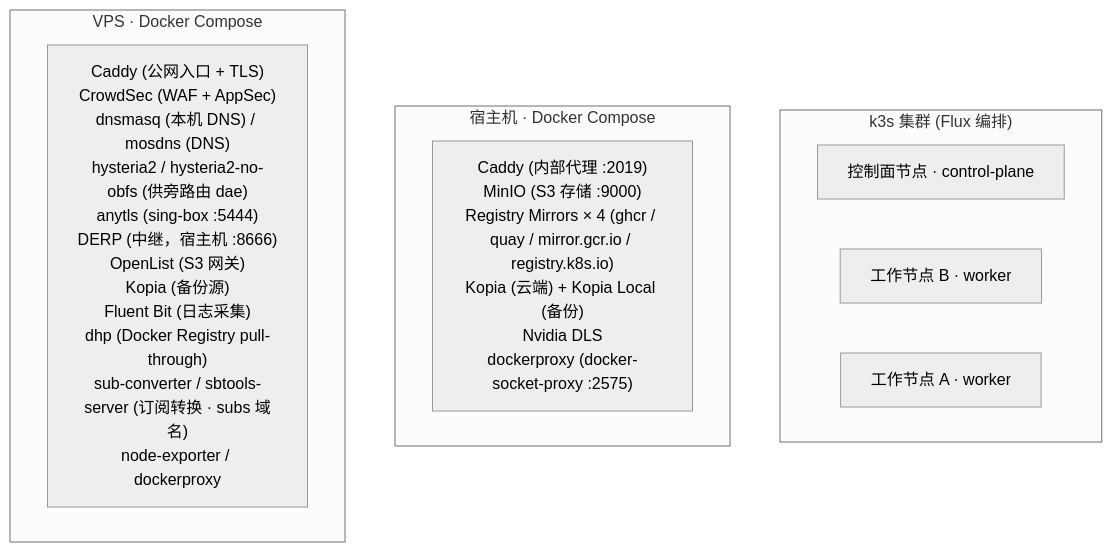
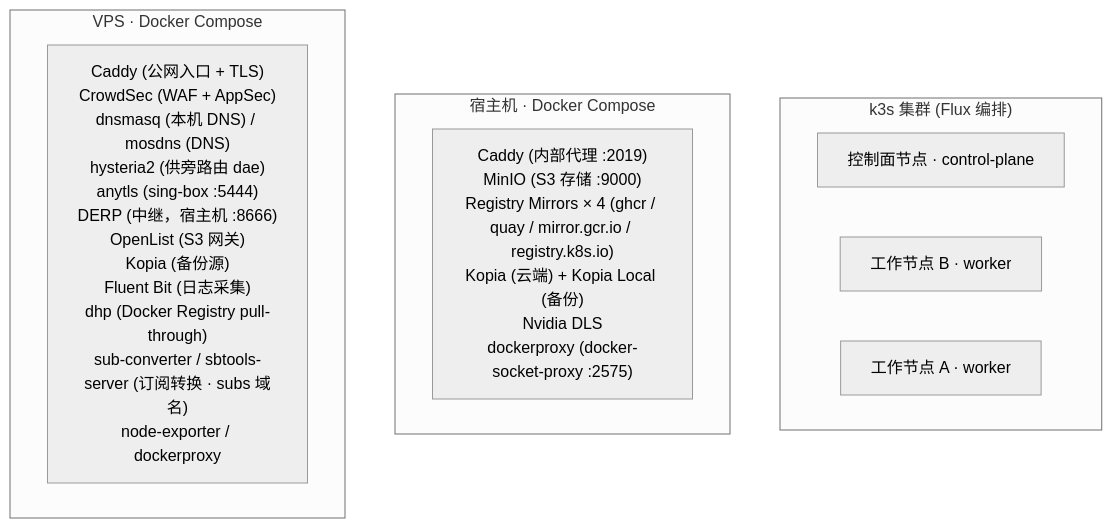
One commit to shelken/home-ops changed the third of 8 diagrams in docs/ARCHITECTURE.md. Above: the diagram before and after it, drawn with Mermaid (neutral theme). The commit also changed other lines of this file and 6 other files, not shown here.

First line of the commit message:
fix(router): 将 dae 迁移到混淆 Hysteria2 入口

````diff
--- a/docs/ARCHITECTURE.md
+++ b/docs/ARCHITECTURE.md
@@ -130,32 +130,32 @@
 ```mermaid
 graph TB
     subgraph K3S["k3s 集群 (Flux 编排)"]
         NODE_SAKA["控制面节点 · control-plane"]
         NODE_H1["工作节点 B · worker"]
         NODE_YUUKO["工作节点 A · worker"]
     end
 
     subgraph COMPOSE_SAKA["宿主机 · Docker Compose"]
         CD_SAKA["Caddy (内部代理 :2019)
 MinIO (S3 存储 :9000)
 Registry Mirrors × 4 (ghcr / quay / mirror.gcr.io / registry.k8s.io)
 Kopia (云端) + Kopia Local (备份)
 Nvidia DLS
 dockerproxy (docker-socket-proxy :2575)"]
     end
 
     subgraph COMPOSE_VPS["VPS · Docker Compose"]
         CD_VPS["Caddy (公网入口 + TLS)
 CrowdSec (WAF + AppSec)
 dnsmasq (本机 DNS) / mosdns (DNS)
-hysteria2 / hysteria2-no-obfs (供旁路由 dae)
+hysteria2 (供旁路由 dae)
 anytls (sing-box :5444)
 DERP (中继，宿主机 :8666)
 OpenList (S3 网关)
 Kopia (备份源)
 Fluent Bit (日志采集)
 dhp (Docker Registry pull-through)
 sub-converter / sbtools-server (订阅转换 · subs 域名)
 node-exporter / dockerproxy"]
     end
 ```
````
